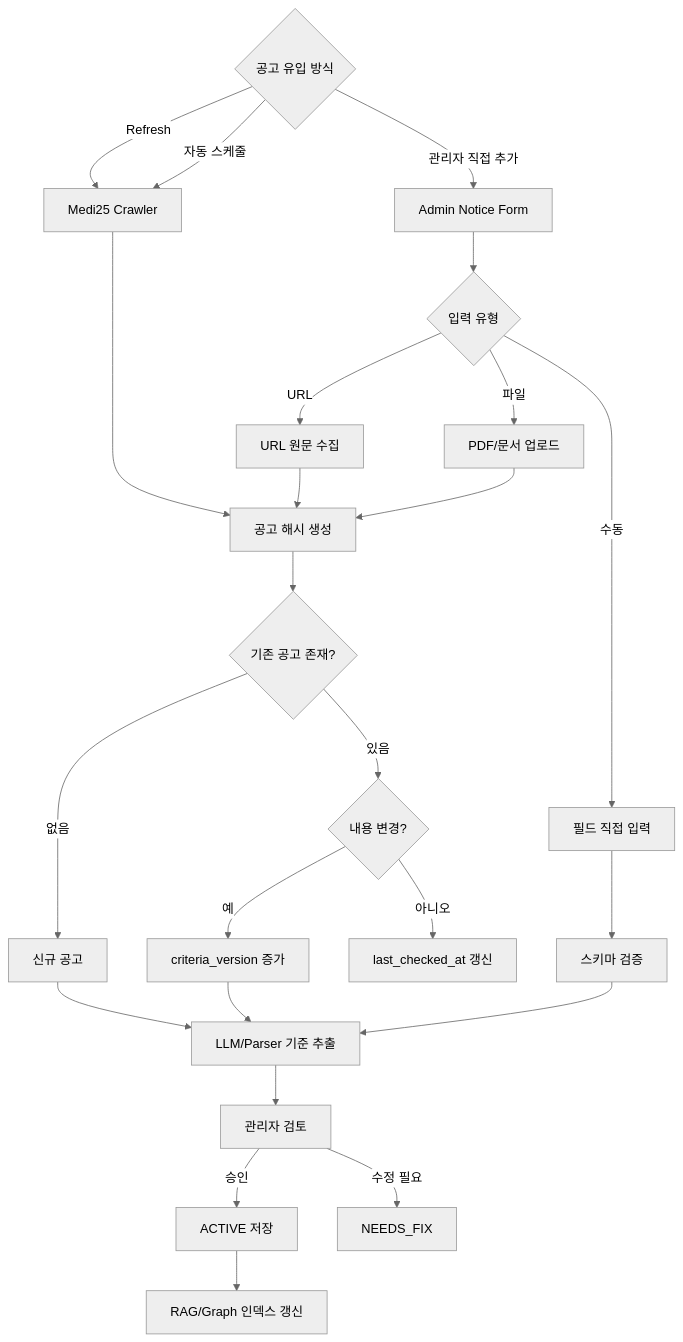
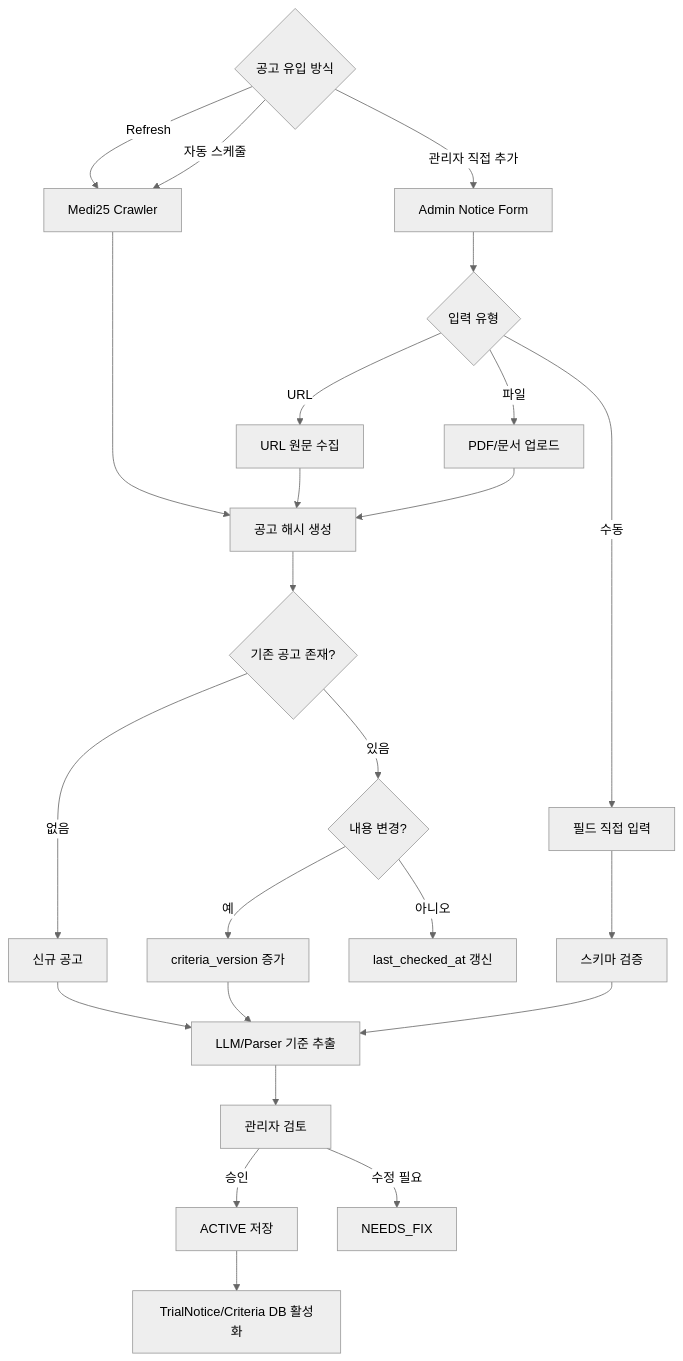
Before and after one commit to 1jaekim/AWS_Healthcare: the second of 5 diagrams in doc/ARCHITECTURE_V2.md, drawn with Mermaid (neutral theme). The commit also changed other lines of this file and 48 other files, not shown here.

First line of the commit message:
feat(api): GraphRAG 검색과 기준별 LLM 판단 계층 추가

````diff
--- a/doc/ARCHITECTURE_V2.md
+++ b/doc/ARCHITECTURE_V2.md
@@ -138,26 +135,26 @@
 ```mermaid
 flowchart TD
     A{"공고 유입 방식"} -->|Refresh| B["Medi25 Crawler"]
     A -->|자동 스케줄| B
     A -->|관리자 직접 추가| C["Admin Notice Form"]
     C --> D{"입력 유형"}
     D -->|URL| E["URL 원문 수집"]
     D -->|파일| F["PDF/문서 업로드"]
     D -->|수동| G["필드 직접 입력"]
     B --> H["공고 해시 생성"]
     E --> H
     F --> H
     G --> I["스키마 검증"]
     H --> J{"기존 공고 존재?"}
     J -->|없음| K["신규 공고"]
     J -->|있음| L{"내용 변경?"}
     L -->|예| M["criteria_version 증가"]
     L -->|아니오| N["last_checked_at 갱신"]
     K --> O["LLM/Parser 기준 추출"]
     M --> O
     I --> O
     O --> P["관리자 검토"]
     P -->|승인| Q["ACTIVE 저장"]
     P -->|수정 필요| R["NEEDS_FIX"]
-    Q --> S["RAG/Graph 인덱스 갱신"]
+    Q --> S["TrialNotice/Criteria DB 활성화"]
 ```
````
